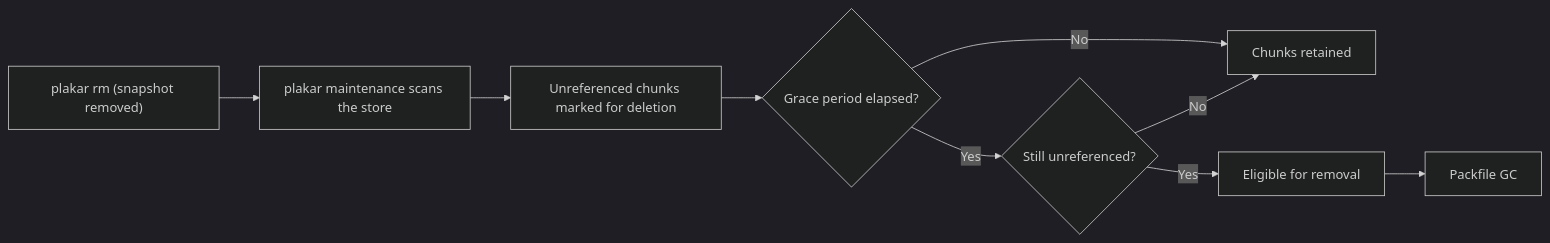
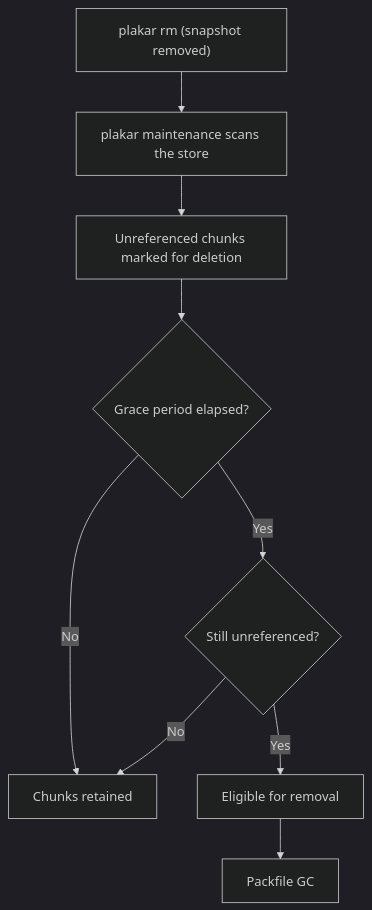
The second of 2 diagrams in content/docs/community/main/explanations/how-maintenance-works.md (PlakarKorp/plakar.io), drawn with Mermaid (dark theme) before and after one commit. The commit also changed other lines of this file and 17 other files, not shown here.

First line of the commit message:
add mermaid diagrams

```diff
--- a/content/docs/community/main/explanations/how-maintenance-works.md
+++ b/content/docs/community/main/explanations/how-maintenance-works.md
@@ -76,12 +112,12 @@
 {{< mermaid >}}
-flowchart LR
+flowchart TD
   A["plakar rm (snapshot removed)"] --> M["plakar maintenance scans the store"]
   M --> B["Unreferenced chunks marked for deletion"]
   B --> C{"Grace period elapsed?"}
   C -- No --> D["Chunks retained"]
   C -- Yes --> E{"Still unreferenced?"}
   E -- No --> D
   E -- Yes --> F["Eligible for removal"]
   F --> G["Packfile GC"]
 
 {{< /mermaid >}}
```
